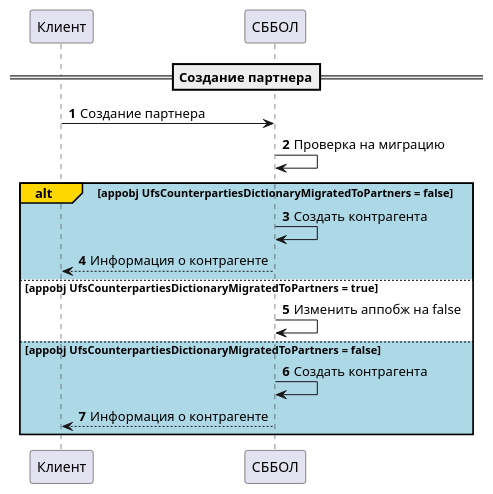
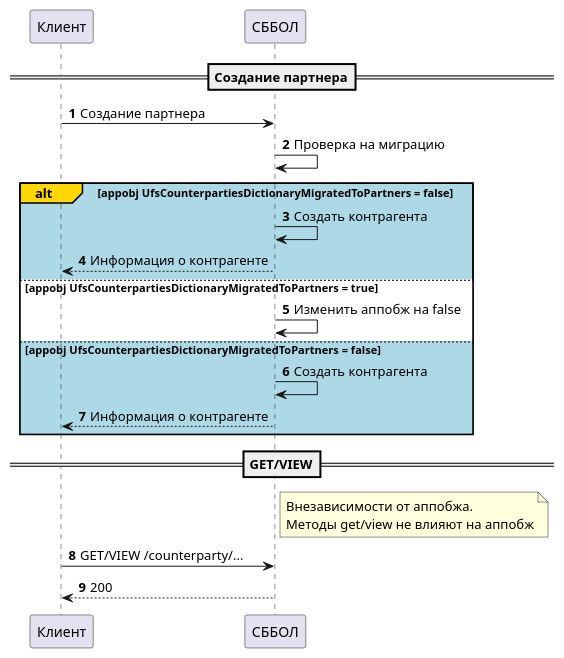
The diagram in docs/diagrams/scenarios/3.2. ППРБ Рентеры API партнеров.puml (SSV4791/sbbol-partners), drawn with PlantUML before and after one commit. The commit also changed 294 other files, not shown here.

```diff
--- a/docs/diagrams/scenarios/3.2. ППРБ Рентеры API партнеров.puml
+++ b/docs/diagrams/scenarios/3.2. ППРБ Рентеры API партнеров.puml
@@ -1,16 +1,23 @@
 @startuml
 'https://plantuml.com/sequence-diagram
 autonumber
 ==Создание партнера==
 Клиент -> СББОЛ: Создание партнера
 СББОЛ -> СББОЛ: Проверка на миграцию
 alt#Gold #lightblue appobj UfsCounterpartiesDictionaryMigratedToPartners = false
 СББОЛ -> СББОЛ: Создать контрагента
 СББОЛ --> Клиент: Информация о контрагенте
 else #white appobj UfsCounterpartiesDictionaryMigratedToPartners = true
 СББОЛ -> СББОЛ: Изменить аппобж на false
 else appobj UfsCounterpartiesDictionaryMigratedToPartners = false
 СББОЛ -> СББОЛ: Создать контрагента
 СББОЛ --> Клиент: Информация о контрагенте
 end
+==GET/VIEW==
+note right of СББОЛ
+Внезависимости от аппобжа.
+Методы get/view не влияют на аппобж
+end note
+Клиент -> СББОЛ: GET/VIEW /counterparty/...
+СББОЛ --> Клиент: 200
 @enduml
```
